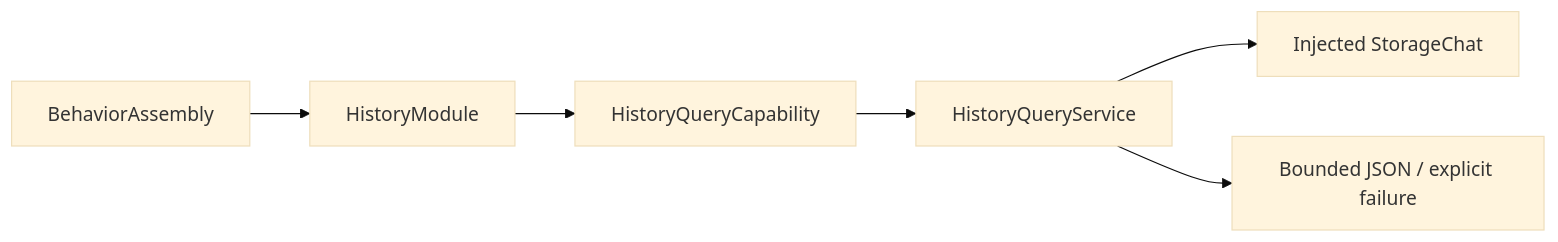
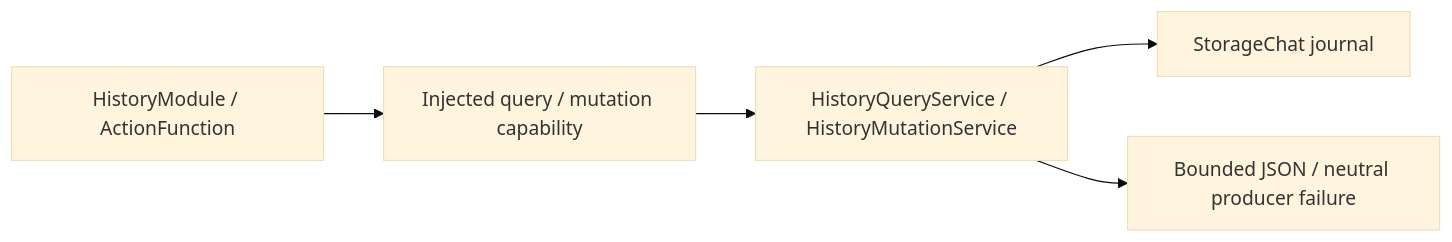
One commit to devilyouwei/MobileHarness changed the diagram in MobileHarness/Actions/History/Support/README.md. Above: the diagram before and after it, drawn with Mermaid (base theme). The commit also changed other lines of this file and 238 other files, not shown here.

````diff
--- a/MobileHarness/Actions/History/Support/README.md
+++ b/MobileHarness/Actions/History/Support/README.md
@@ -7,8 +7,7 @@
 ```mermaid
 flowchart LR
-    Assembly[BehaviorAssembly] --> Module[HistoryModule]
-    Module --> Contract[HistoryQueryCapability]
-    Contract --> Service[HistoryQueryService]
-    Service --> Journal[Injected StorageChat]
-    Service --> Page[Bounded JSON / explicit failure]
+    Module[HistoryModule / ActionFunction] --> Contract[Injected query / mutation capability]
+    Contract --> Service[HistoryQueryService / HistoryMutationService]
+    Service --> Journal[StorageChat journal]
+    Service --> Outcome[Bounded JSON / neutral producer failure]
 ```
````
